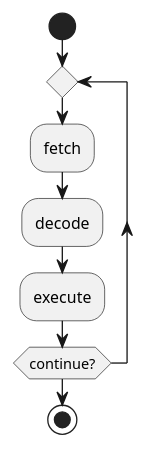
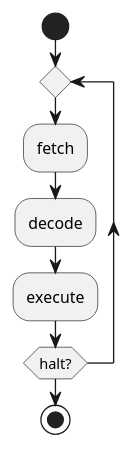
The first of 6 diagrams in _posts/2016-06-03-rust-register-virtual-machine.markdown (leighshepperson/leighshepperson.github.io), drawn with PlantUML before and after one commit. The commit also changed other lines of this file and 2 other files, not shown here.

```diff
--- a/_posts/2016-06-03-rust-register-virtual-machine.markdown
+++ b/_posts/2016-06-03-rust-register-virtual-machine.markdown
@@ -57,11 +52,11 @@
 {% plantuml %}
 start
 
 repeat
   :fetch;
   :decode;
   :execute;
-repeat while (continue?)
+repeat while (halt?)
 
 stop
 {% endplantuml %}
```
